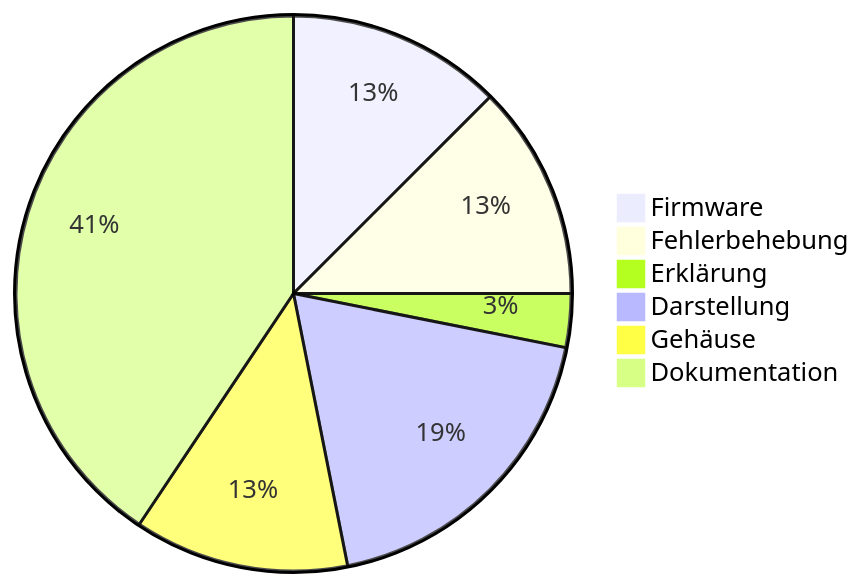
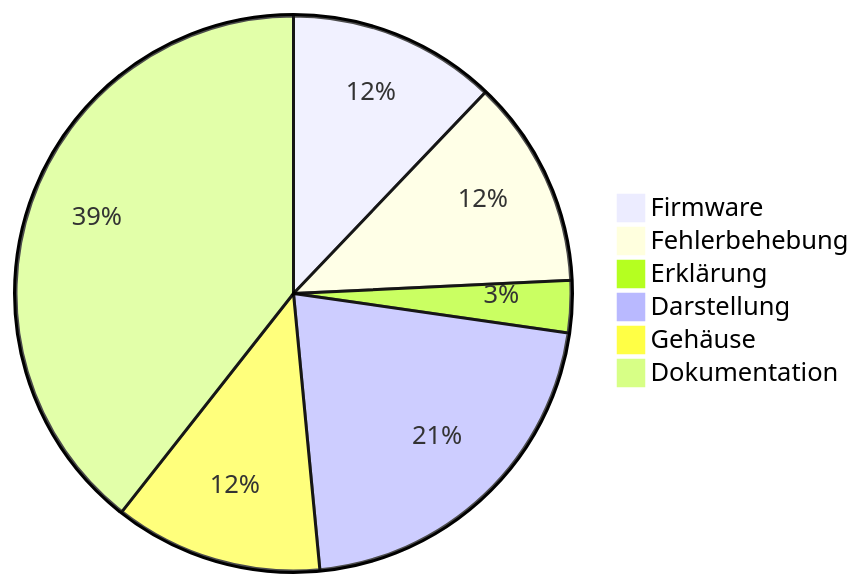
The third of 3 diagrams in wiki/Entwicklungsverlauf.md (BBZ-AIFS51/LF7-Projekt_GAS), drawn with Mermaid before and after one commit. The commit also changed other lines of this file and 9 other files, not shown here.

````diff
--- a/wiki/Entwicklungsverlauf.md
+++ b/wiki/Entwicklungsverlauf.md
@@ -161,9 +163,9 @@
 ```mermaid
 pie
     "Firmware" : 4
     "Fehlerbehebung" : 4
     "Erklärung" : 1
-    "Darstellung" : 6
+    "Darstellung" : 7
     "Gehäuse" : 4
     "Dokumentation" : 13
 ```
````
